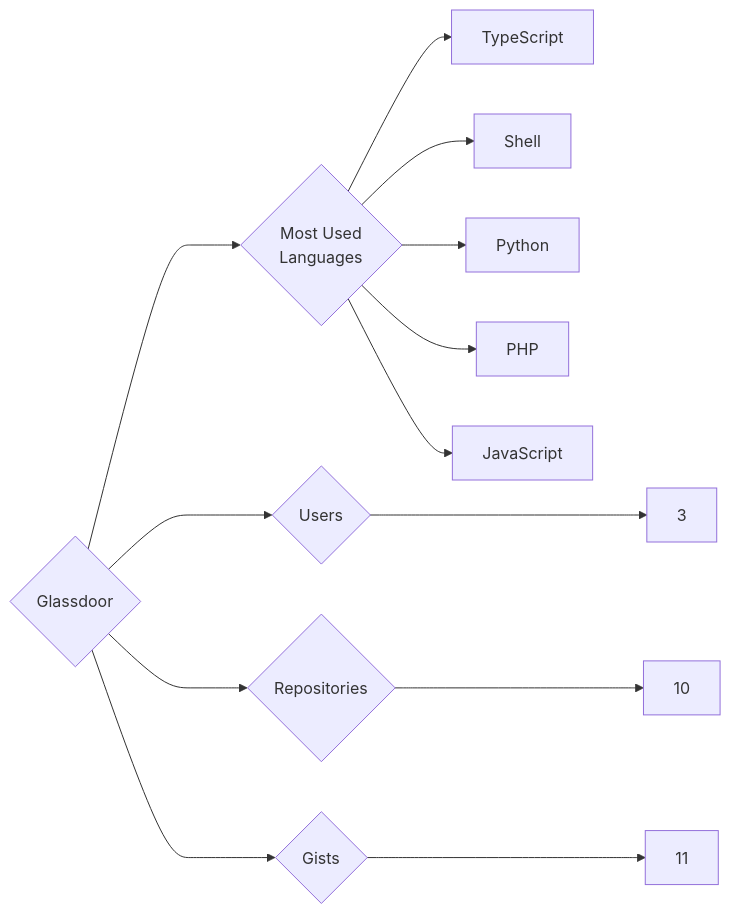
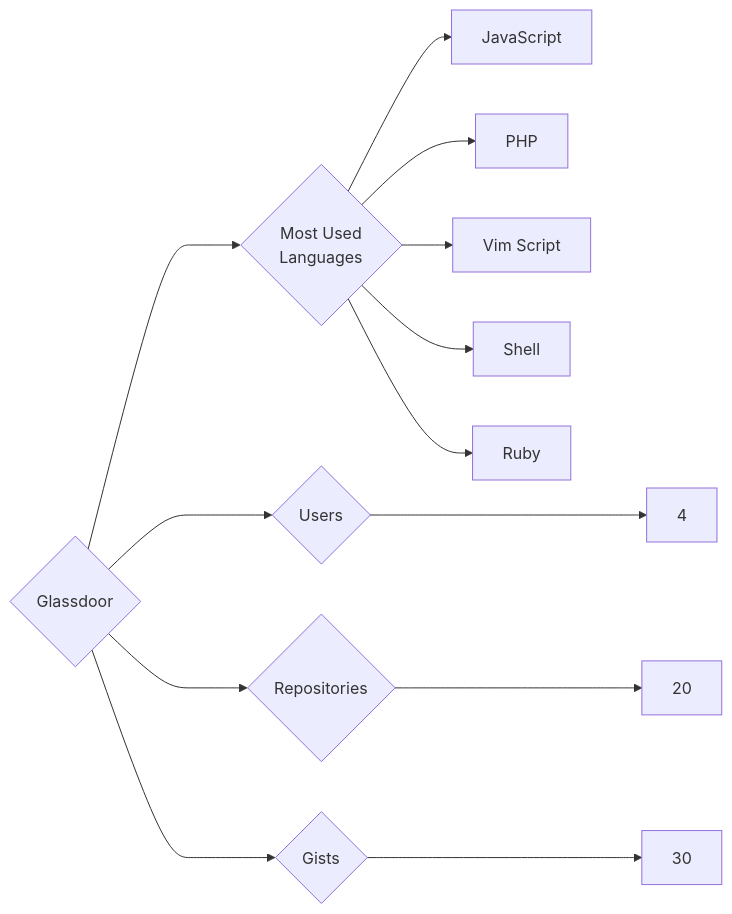
The diagram in targets/Glassdoor/README.md (trickest/insiders), drawn with Mermaid before and after one commit. The commit also changed 1089 other files, not shown here.

````diff
--- a/targets/Glassdoor/README.md
+++ b/targets/Glassdoor/README.md
@@ -3,13 +3,13 @@
 ```mermaid
 graph LR
 COMPANY_NAME{Glassdoor}
-COMPANY_NAME ---> U{Users} ---> UN[3]
-COMPANY_NAME ---> R{Repositories} ---> RN[10]
-COMPANY_NAME ---> G{Gists} ---> GN[11]
+COMPANY_NAME ---> U{Users} ---> UN[4]
+COMPANY_NAME ---> R{Repositories} ---> RN[20]
+COMPANY_NAME ---> G{Gists} ---> GN[30]
 COMPANY_NAME ---> ML{Most Used<br>Languages}
-ML --> TypeScript[TypeScript]
+ML --> JavaScript[JavaScript]
+ML --> PHP[PHP]
+ML --> Vim_Script[Vim Script]
 ML --> Shell[Shell]
-ML --> Python[Python]
-ML --> PHP[PHP]
-ML --> JavaScript[JavaScript]
+ML --> Ruby[Ruby]
 ```
````
